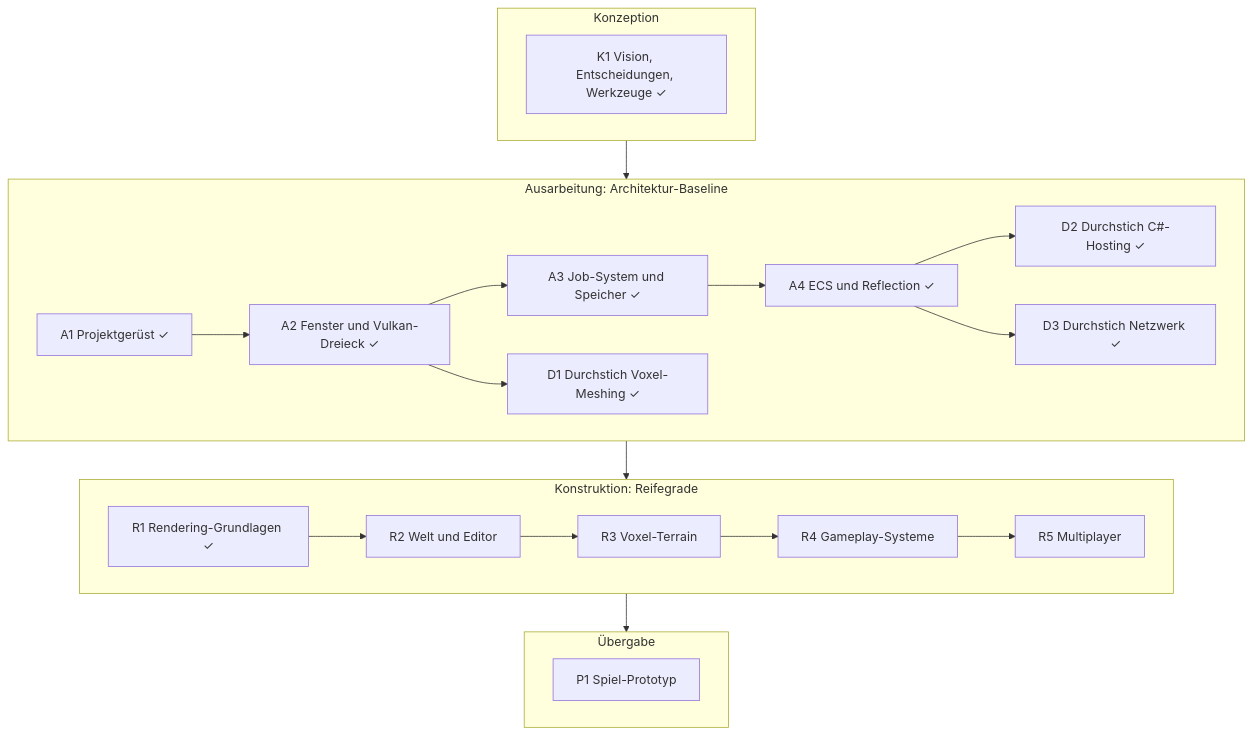
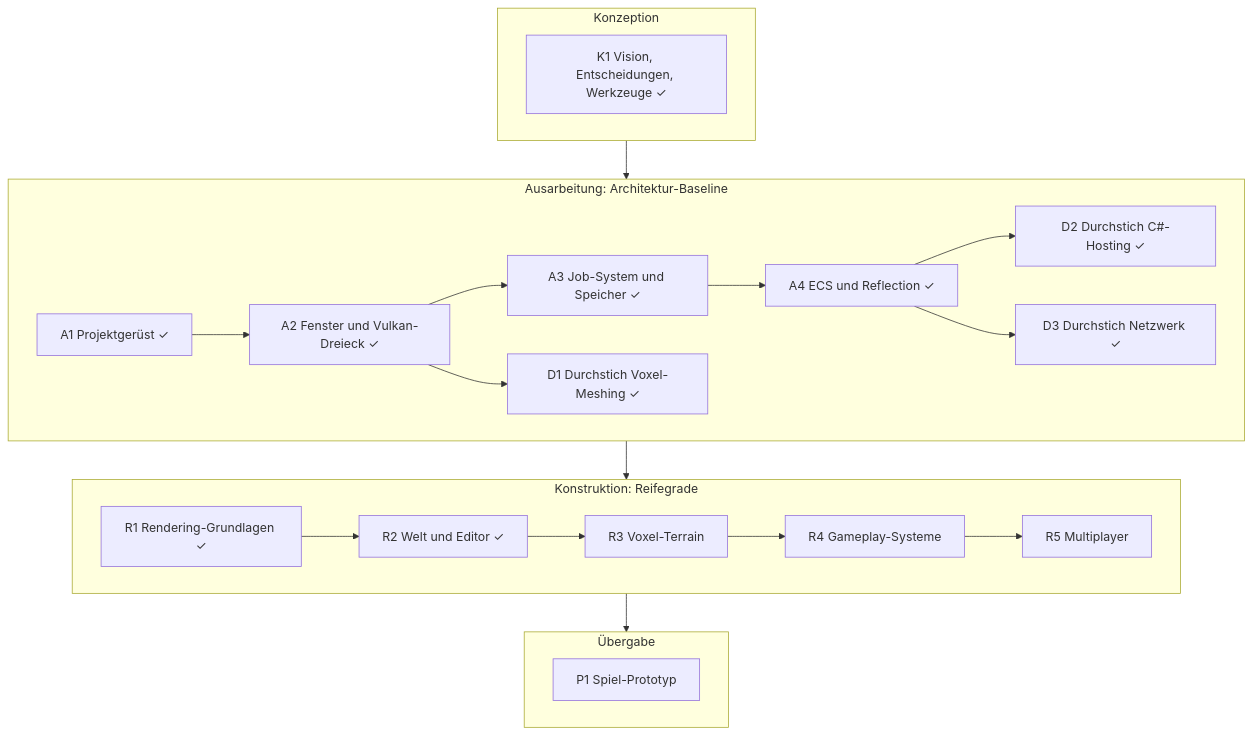
Before and after one commit to viiez/ngine: the diagram in docs/roadmap.md, drawn with Mermaid. The commit also changed other lines of this file and 2 other files, not shown here.

````diff
--- a/docs/roadmap.md
+++ b/docs/roadmap.md
@@ -23,24 +23,24 @@
 ```mermaid
 flowchart TB
     subgraph K["Konzeption"]
         K1["K1 Vision, Entscheidungen, Werkzeuge ✓"]
     end
     subgraph A["Ausarbeitung: Architektur-Baseline"]
         A1["A1 Projektgerüst ✓"] --> A2["A2 Fenster und Vulkan-Dreieck ✓"]
         A2 --> A3["A3 Job-System und Speicher ✓"]
         A3 --> A4["A4 ECS und Reflection ✓"]
         A2 --> D1["D1 Durchstich Voxel-Meshing ✓"]
         A4 --> D2["D2 Durchstich C#-Hosting ✓"]
         A4 --> D3["D3 Durchstich Netzwerk ✓"]
     end
     subgraph B["Konstruktion: Reifegrade"]
-        R1["R1 Rendering-Grundlagen ✓"] --> R2["R2 Welt und Editor"]
+        R1["R1 Rendering-Grundlagen ✓"] --> R2["R2 Welt und Editor ✓"]
         R2 --> R3["R3 Voxel-Terrain"]
         R3 --> R4["R4 Gameplay-Systeme"]
         R4 --> R5["R5 Multiplayer"]
     end
     subgraph U["Übergabe"]
         P1["P1 Spiel-Prototyp"]
     end
     K --> A --> B --> U
 ```
````
